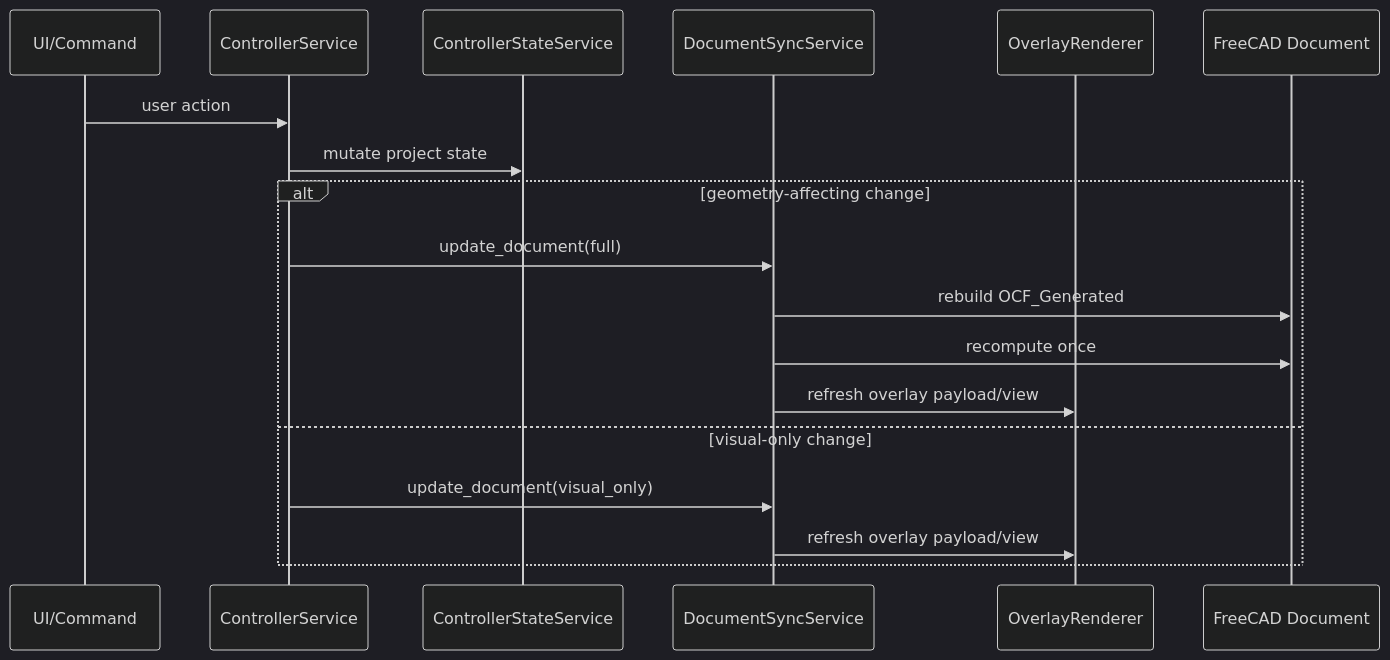
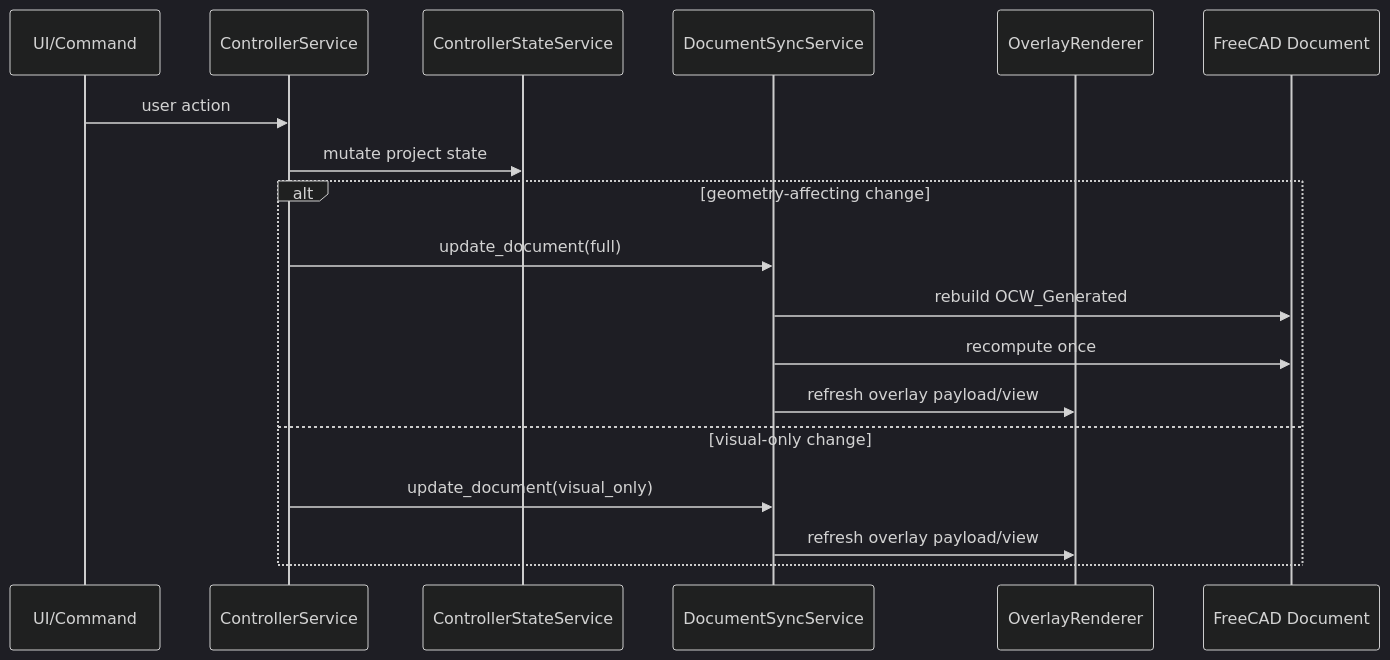
One commit to 161sam/open-controller-workbench changed the third of 3 diagrams in docs/ARCHITECTURE_FREECAD_WORKBENCH.md. Above: the diagram before and after it, drawn with Mermaid (dark theme). The commit also changed other lines of this file and 451 other files, not shown here.

Commit message:
rename repo identity from open-controller-freecad/ocf to open-controller-workbench/ocw

````diff
--- a/docs/ARCHITECTURE_FREECAD_WORKBENCH.md
+++ b/docs/ARCHITECTURE_FREECAD_WORKBENCH.md
@@ -438,21 +438,21 @@
 ```mermaid
 sequenceDiagram
     participant UI as UI/Command
     participant Facade as ControllerService
     participant State as ControllerStateService
     participant Sync as DocumentSyncService
     participant Overlay as OverlayRenderer
     participant Doc as FreeCAD Document
 
     UI->>Facade: user action
     Facade->>State: mutate project state
     alt geometry-affecting change
         Facade->>Sync: update_document(full)
-        Sync->>Doc: rebuild OCF_Generated
+        Sync->>Doc: rebuild OCW_Generated
         Sync->>Doc: recompute once
         Sync->>Overlay: refresh overlay payload/view
     else visual-only change
         Facade->>Sync: update_document(visual_only)
         Sync->>Overlay: refresh overlay payload/view
     end
 ```
````
